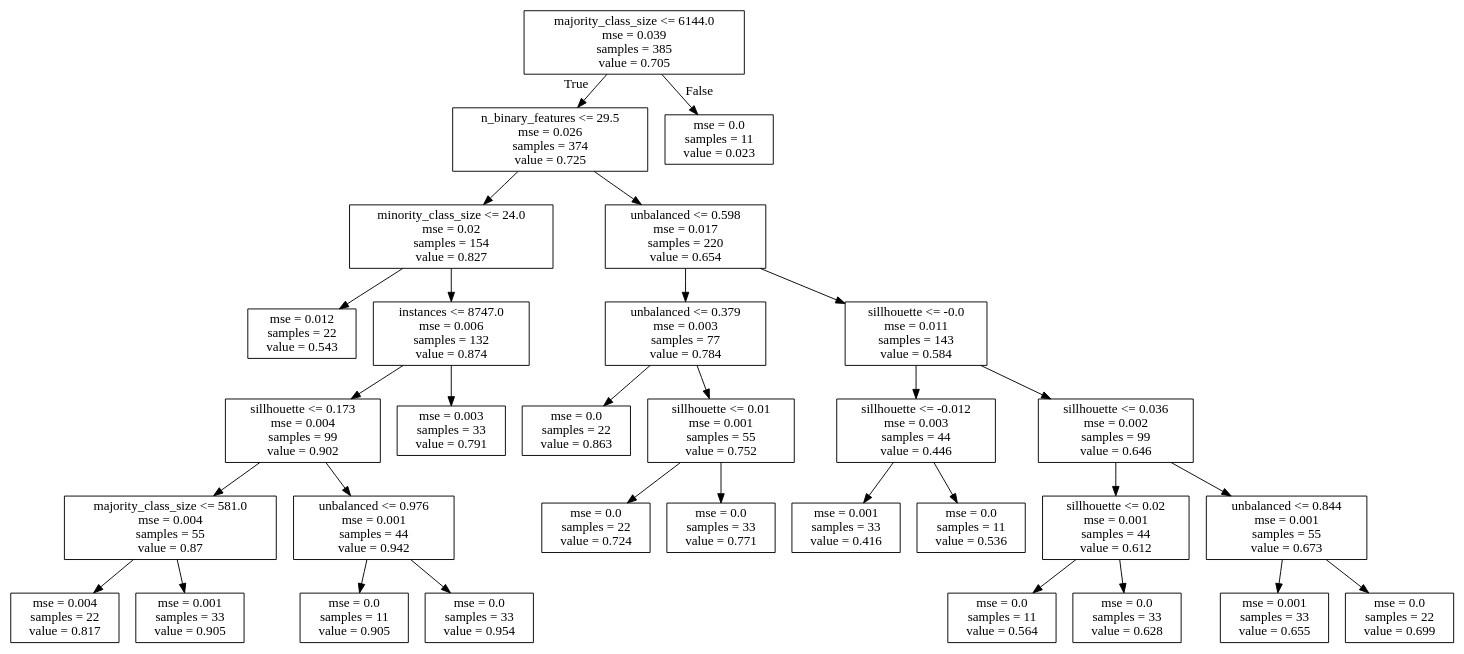
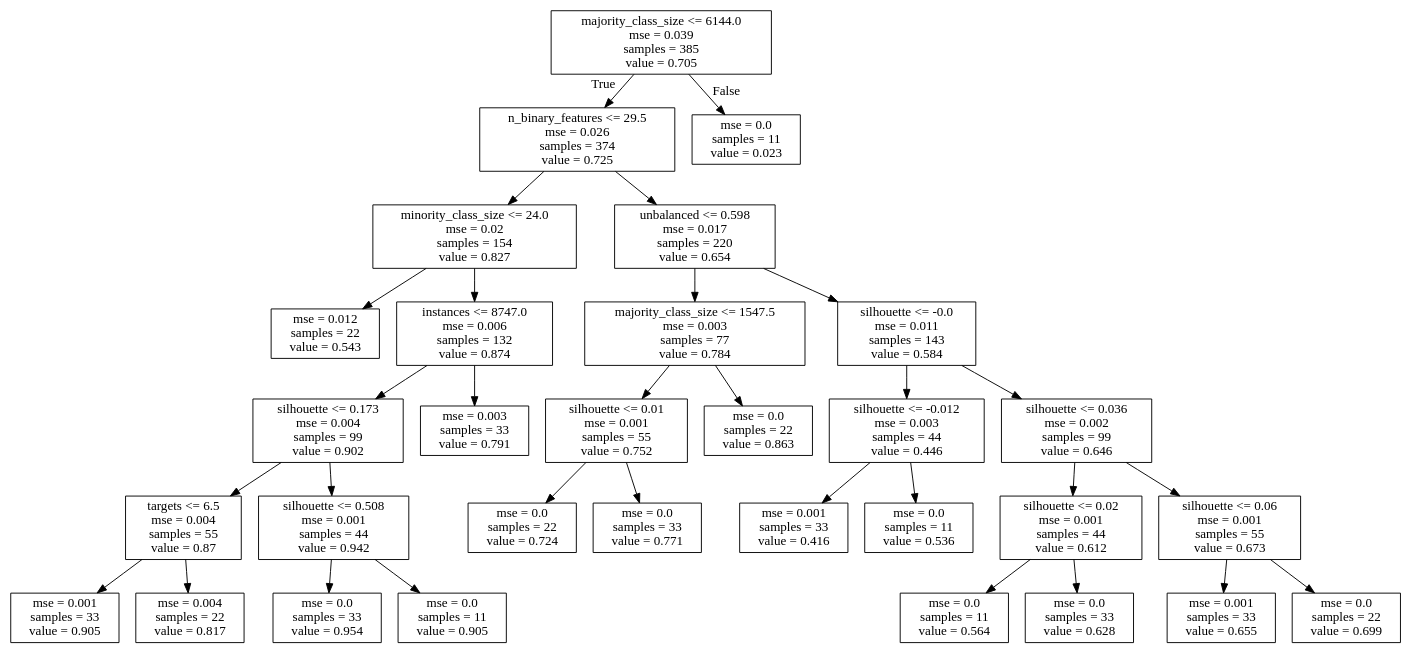
One commit to rsboos/DistributedClassifier changed the diagram in analysis/learning/regression/results/trees/arb_gnb_mdi_f1_scores.dot. Above: the diagram before and after it, drawn with Graphviz. The commit also changed 147 other files, not shown here.

```diff
--- a/analysis/learning/regression/results/trees/arb_gnb_mdi_f1_scores.dot
+++ b/analysis/learning/regression/results/trees/arb_gnb_mdi_f1_scores.dot
@@ -1,64 +1,64 @@
 digraph Tree {
 node [shape=box] ;
 0 [label="majority_class_size <= 6144.0\nmse = 0.039\nsamples = 385\nvalue = 0.705"] ;
 1 [label="n_binary_features <= 29.5\nmse = 0.026\nsamples = 374\nvalue = 0.725"] ;
 0 -> 1 [labeldistance=2.5, labelangle=45, headlabel="True"] ;
 2 [label="minority_class_size <= 24.0\nmse = 0.02\nsamples = 154\nvalue = 0.827"] ;
 1 -> 2 ;
 3 [label="mse = 0.012\nsamples = 22\nvalue = 0.543"] ;
 2 -> 3 ;
 4 [label="instances <= 8747.0\nmse = 0.006\nsamples = 132\nvalue = 0.874"] ;
 2 -> 4 ;
-5 [label="sillhouette <= 0.173\nmse = 0.004\nsamples = 99\nvalue = 0.902"] ;
+5 [label="silhouette <= 0.173\nmse = 0.004\nsamples = 99\nvalue = 0.902"] ;
 4 -> 5 ;
-6 [label="majority_class_size <= 581.0\nmse = 0.004\nsamples = 55\nvalue = 0.87"] ;
+6 [label="targets <= 6.5\nmse = 0.004\nsamples = 55\nvalue = 0.87"] ;
 5 -> 6 ;
-7 [label="mse = 0.004\nsamples = 22\nvalue = 0.817"] ;
+7 [label="mse = 0.001\nsamples = 33\nvalue = 0.905"] ;
 6 -> 7 ;
-8 [label="mse = 0.001\nsamples = 33\nvalue = 0.905"] ;
+8 [label="mse = 0.004\nsamples = 22\nvalue = 0.817"] ;
 6 -> 8 ;
-9 [label="unbalanced <= 0.976\nmse = 0.001\nsamples = 44\nvalue = 0.942"] ;
+9 [label="silhouette <= 0.508\nmse = 0.001\nsamples = 44\nvalue = 0.942"] ;
 5 -> 9 ;
-10 [label="mse = 0.0\nsamples = 11\nvalue = 0.905"] ;
+10 [label="mse = 0.0\nsamples = 33\nvalue = 0.954"] ;
 9 -> 10 ;
-11 [label="mse = 0.0\nsamples = 33\nvalue = 0.954"] ;
+11 [label="mse = 0.0\nsamples = 11\nvalue = 0.905"] ;
 9 -> 11 ;
 12 [label="mse = 0.003\nsamples = 33\nvalue = 0.791"] ;
 4 -> 12 ;
 13 [label="unbalanced <= 0.598\nmse = 0.017\nsamples = 220\nvalue = 0.654"] ;
 1 -> 13 ;
-14 [label="unbalanced <= 0.379\nmse = 0.003\nsamples = 77\nvalue = 0.784"] ;
+14 [label="majority_class_size <= 1547.5\nmse = 0.003\nsamples = 77\nvalue = 0.784"] ;
 13 -> 14 ;
-15 [label="mse = 0.0\nsamples = 22\nvalue = 0.863"] ;
+15 [label="silhouette <= 0.01\nmse = 0.001\nsamples = 55\nvalue = 0.752"] ;
 14 -> 15 ;
-16 [label="sillhouette <= 0.01\nmse = 0.001\nsamples = 55\nvalue = 0.752"] ;
-14 -> 16 ;
-17 [label="mse = 0.0\nsamples = 22\nvalue = 0.724"] ;
-16 -> 17 ;
-18 [label="mse = 0.0\nsamples = 33\nvalue = 0.771"] ;
-16 -> 18 ;
-19 [label="sillhouette <= -0.0\nmse = 0.011\nsamples = 143\nvalue = 0.584"] ;
+16 [label="mse = 0.0\nsamples = 22\nvalue = 0.724"] ;
+15 -> 16 ;
+17 [label="mse = 0.0\nsamples = 33\nvalue = 0.771"] ;
+15 -> 17 ;
+18 [label="mse = 0.0\nsamples = 22\nvalue = 0.863"] ;
+14 -> 18 ;
+19 [label="silhouette <= -0.0\nmse = 0.011\nsamples = 143\nvalue = 0.584"] ;
 13 -> 19 ;
-20 [label="sillhouette <= -0.012\nmse = 0.003\nsamples = 44\nvalue = 0.446"] ;
+20 [label="silhouette <= -0.012\nmse = 0.003\nsamples = 44\nvalue = 0.446"] ;
 19 -> 20 ;
 21 [label="mse = 0.001\nsamples = 33\nvalue = 0.416"] ;
 20 -> 21 ;
 22 [label="mse = 0.0\nsamples = 11\nvalue = 0.536"] ;
 20 -> 22 ;
-23 [label="sillhouette <= 0.036\nmse = 0.002\nsamples = 99\nvalue = 0.646"] ;
+23 [label="silhouette <= 0.036\nmse = 0.002\nsamples = 99\nvalue = 0.646"] ;
 19 -> 23 ;
-24 [label="sillhouette <= 0.02\nmse = 0.001\nsamples = 44\nvalue = 0.612"] ;
+24 [label="silhouette <= 0.02\nmse = 0.001\nsamples = 44\nvalue = 0.612"] ;
 23 -> 24 ;
 25 [label="mse = 0.0\nsamples = 11\nvalue = 0.564"] ;
 24 -> 25 ;
 26 [label="mse = 0.0\nsamples = 33\nvalue = 0.628"] ;
 24 -> 26 ;
-27 [label="unbalanced <= 0.844\nmse = 0.001\nsamples = 55\nvalue = 0.673"] ;
+27 [label="silhouette <= 0.06\nmse = 0.001\nsamples = 55\nvalue = 0.673"] ;
 23 -> 27 ;
 28 [label="mse = 0.001\nsamples = 33\nvalue = 0.655"] ;
 27 -> 28 ;
 29 [label="mse = 0.0\nsamples = 22\nvalue = 0.699"] ;
 27 -> 29 ;
 30 [label="mse = 0.0\nsamples = 11\nvalue = 0.023"] ;
 0 -> 30 [labeldistance=2.5, labelangle=-45, headlabel="False"] ;
 }
```
